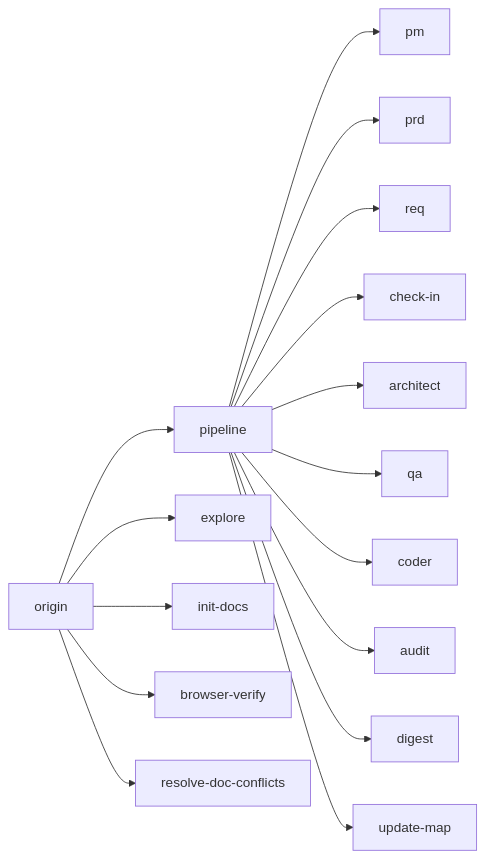
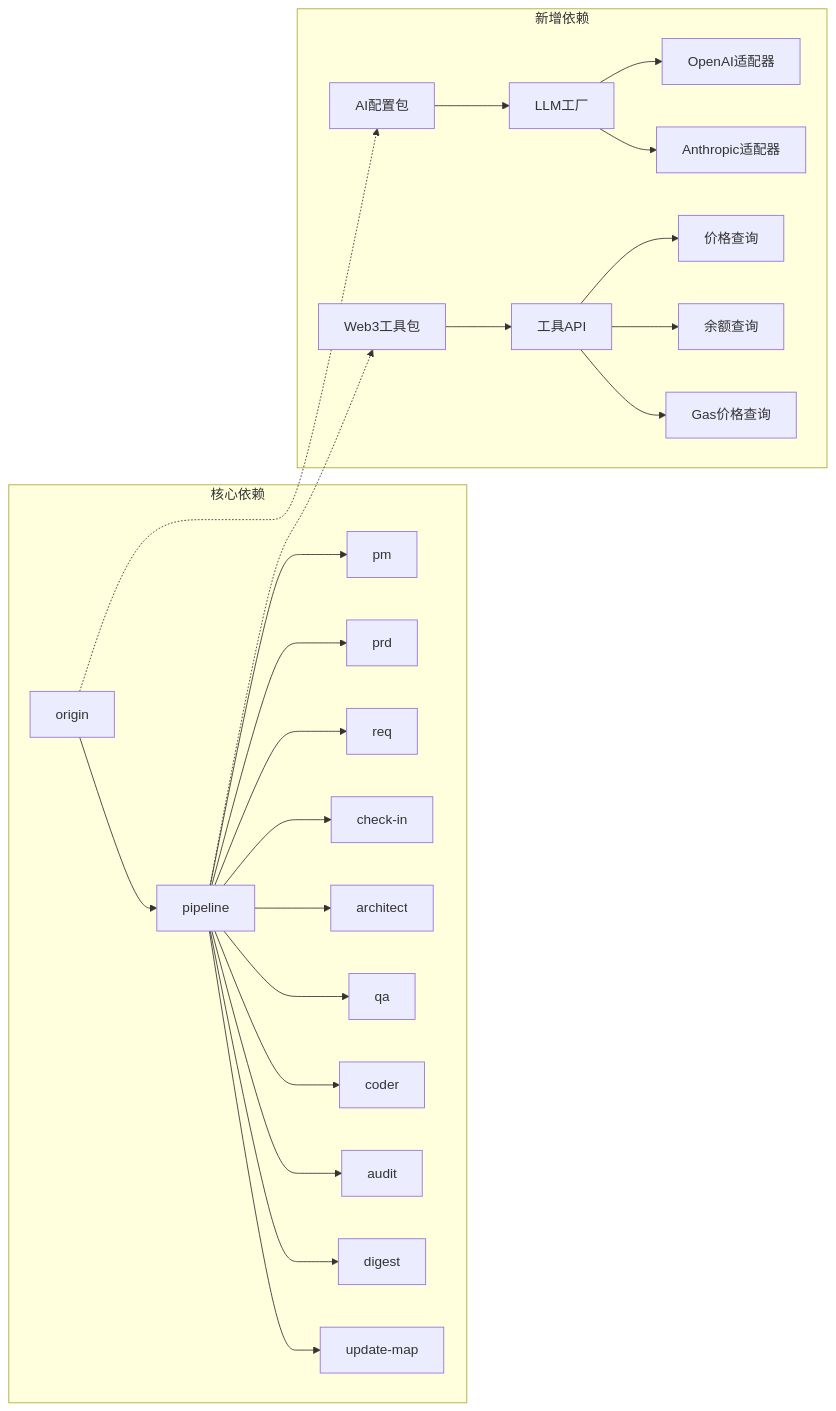
The ninth of 9 diagrams in .qoder/repowiki/zh/content/项目概述/整体架构概览/整体架构概览.md (CryptoLinxu/Web3-AI-Agent), drawn with Mermaid before and after one commit. The commit also changed other lines of this file and 6 other files, not shown here.

````diff
--- a/.qoder/repowiki/zh/content/项目概述/整体架构概览/整体架构概览.md
+++ b/.qoder/repowiki/zh/content/项目概述/整体架构概览/整体架构概览.md
@@ -276,18 +425,27 @@
 ```mermaid
 graph LR
+subgraph "核心依赖"
 ORG["origin"] --> PIPE["pipeline"]
 PIPE --> PM["pm"]
 PIPE --> PRD["prd"]
 PIPE --> REQ["req"]
 PIPE --> CI["check-in"]
 PIPE --> ARCH["architect"]
 PIPE --> QA["qa"]
 PIPE --> CODER["coder"]
 PIPE --> AUDIT["audit"]
 PIPE --> DG["digest"]
 PIPE --> UDM["update-map"]
-ORG --> EXP["explore"]
-ORG --> INIT["init-docs"]
-ORG --> BVER["browser-verify"]
-ORG --> RDC["resolve-doc-conflicts"]
+end
+subgraph "新增依赖"
+CONFIG["AI配置包"] --> FACTORY["LLM工厂"]
+FACTORY --> OPENAI["OpenAI适配器"]
+FACTORY --> ANTH["Anthropic适配器"]
+WEB3TOOLS["Web3工具包"] --> TOOLSAPI["工具API"]
+TOOLSAPI --> GETPRICE["价格查询"]
+TOOLSAPI --> GETBALANCE["余额查询"]
+TOOLSAPI --> GETGAS["Gas价格查询"]
+end
+ORG -.-> CONFIG
+PIPE -.-> WEB3TOOLS
 ```
````
